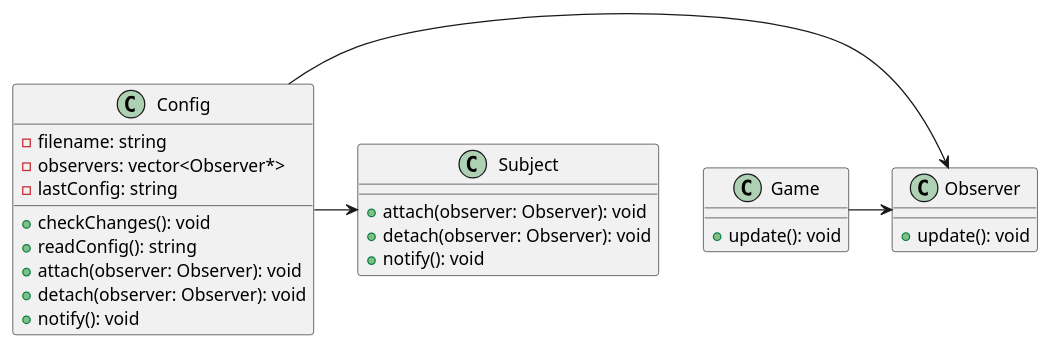
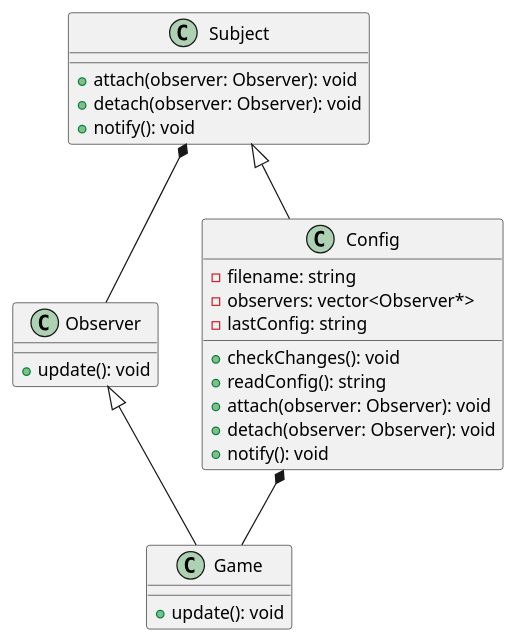
One commit to ShnapDozer/PAPS_LABS changed the diagram in lab6/classDiagramm.puml. Above: the diagram before and after it, drawn with PlantUML. The commit also changed 5 other files, not shown here.

```diff
--- a/lab6/classDiagramm.puml
+++ b/lab6/classDiagramm.puml
@@ -1,32 +1,36 @@
 @startuml
 
 class Observer {
     +update(): void
 }
 
 class Subject {
     +attach(observer: Observer): void
     +detach(observer: Observer): void
     +notify(): void
 }
 
 class Config {
     -filename: string
     -observers: vector<Observer*>
     -lastConfig: string
     +checkChanges(): void
     +readConfig(): string
     +attach(observer: Observer): void
     +detach(observer: Observer): void
     +notify(): void
 }
 
-Config -> Subject
-Config -> Observer
-Game -> Observer
+Subject <|-- Config
+Observer  <|-- Game
+
+Config *-- Game
+Subject *-- Observer
+
+
 
 class Game {
     +update(): void
 }
 
 @enduml
```
